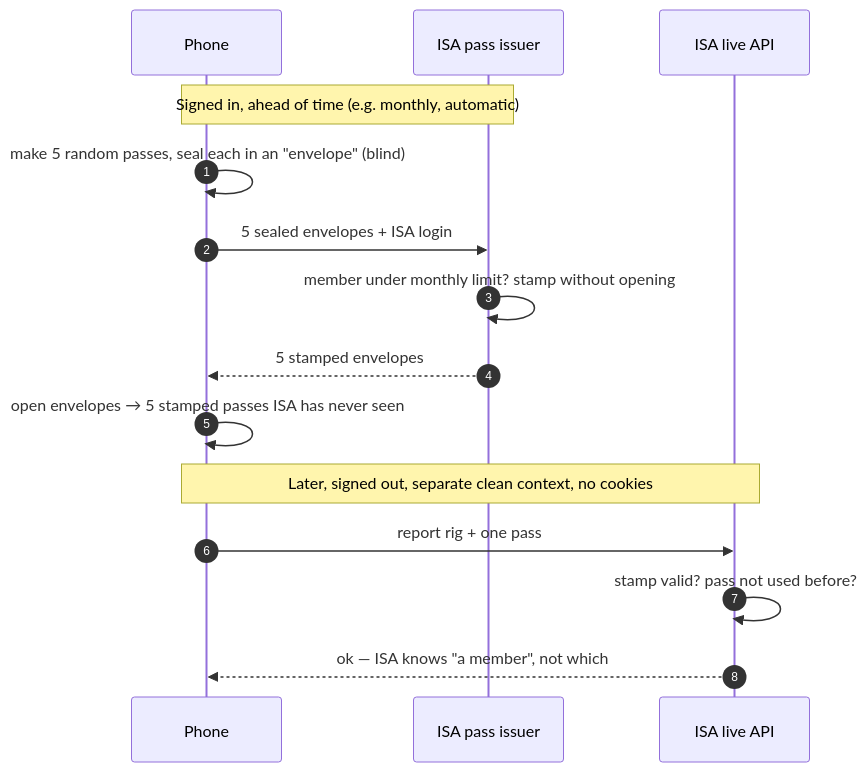
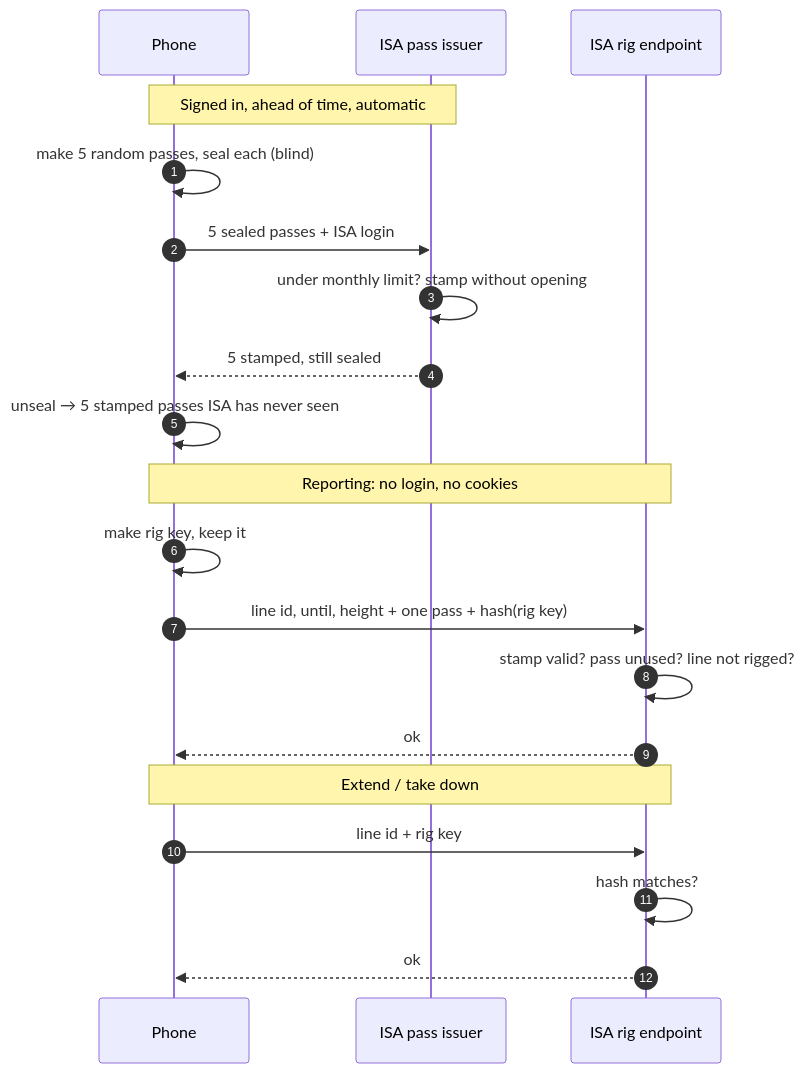
One commit to International-Slackline-Association/isa changed the fourth of 4 diagrams in specs/slackmap-live-lines/flows.md. Above: the diagram before and after it, drawn with Mermaid. The commit also changed other lines of this file and 5 other files, not shown here.

Commit message:
specs/slackmap-live-lines: rigging extends existing lines in the current map files; owner-only edit through a rig key kept on the phone; blind-signed pass kept, burner accounts dropped; calendar and banner reminders; phone wireframes of map, line card and reporting

````diff
--- a/specs/slackmap-live-lines/flows.md
+++ b/specs/slackmap-live-lines/flows.md
@@ -78,19 +69,25 @@
 ```mermaid
 sequenceDiagram
     autonumber
     participant P as Phone
     participant I as ISA pass issuer
-    participant L as ISA live API
+    participant L as ISA rig endpoint
 
-    Note over P,I: Signed in, ahead of time (e.g. monthly, automatic)
-    P->>P: make 5 random passes, seal each in an "envelope" (blind)
-    P->>I: 5 sealed envelopes + ISA login
-    I->>I: member under monthly limit? stamp without opening
-    I-->>P: 5 stamped envelopes
-    P->>P: open envelopes → 5 stamped passes ISA has never seen
+    Note over P,I: Signed in, ahead of time, automatic
+    P->>P: make 5 random passes, seal each (blind)
+    P->>I: 5 sealed passes + ISA login
+    I->>I: under monthly limit? stamp without opening
+    I-->>P: 5 stamped, still sealed
+    P->>P: unseal → 5 stamped passes ISA has never seen
 
-    Note over P,L: Later, signed out, separate clean context, no cookies
-    P->>L: report rig + one pass
-    L->>L: stamp valid? pass not used before?
-    L-->>P: ok — ISA knows "a member", not which
+    Note over P,L: Reporting: no login, no cookies
+    P->>P: make rig key, keep it
+    P->>L: line id, until, height + one pass + hash(rig key)
+    L->>L: stamp valid? pass unused? line not rigged?
+    L-->>P: ok
+
+    Note over P,L: Extend / take down
+    P->>L: line id + rig key
+    L->>L: hash matches?
+    L-->>P: ok
 ```
````
